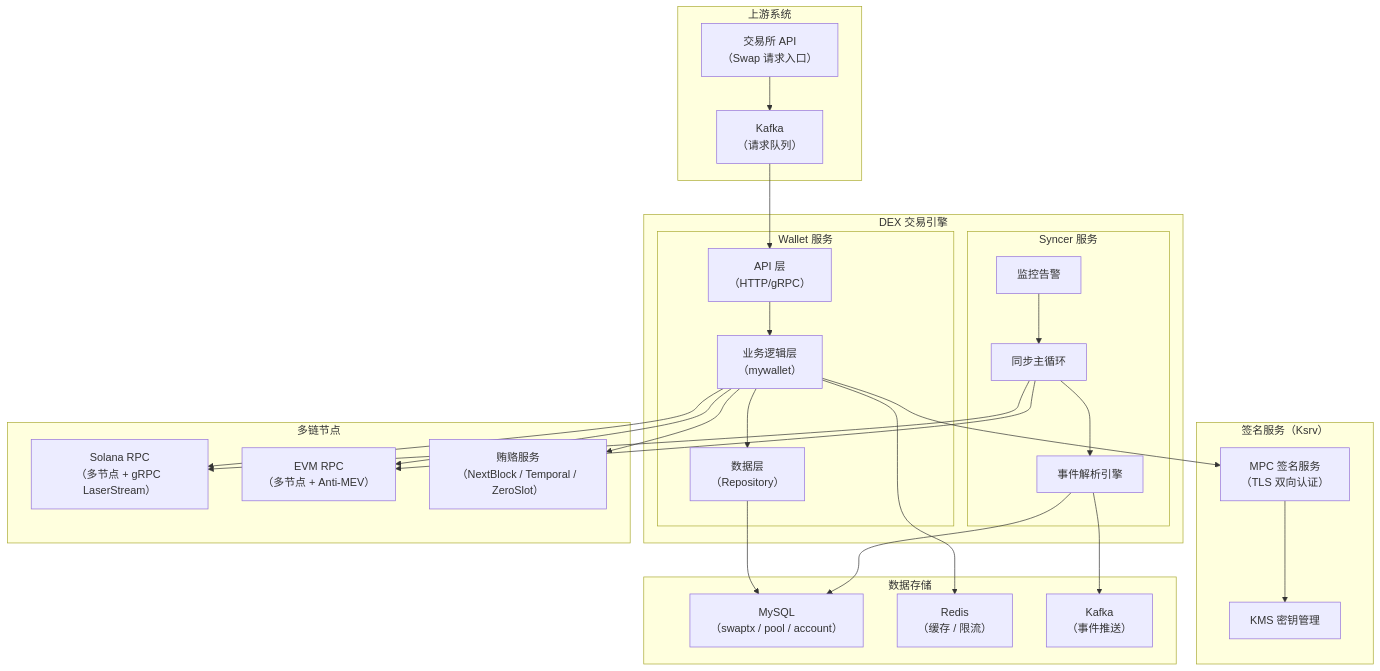
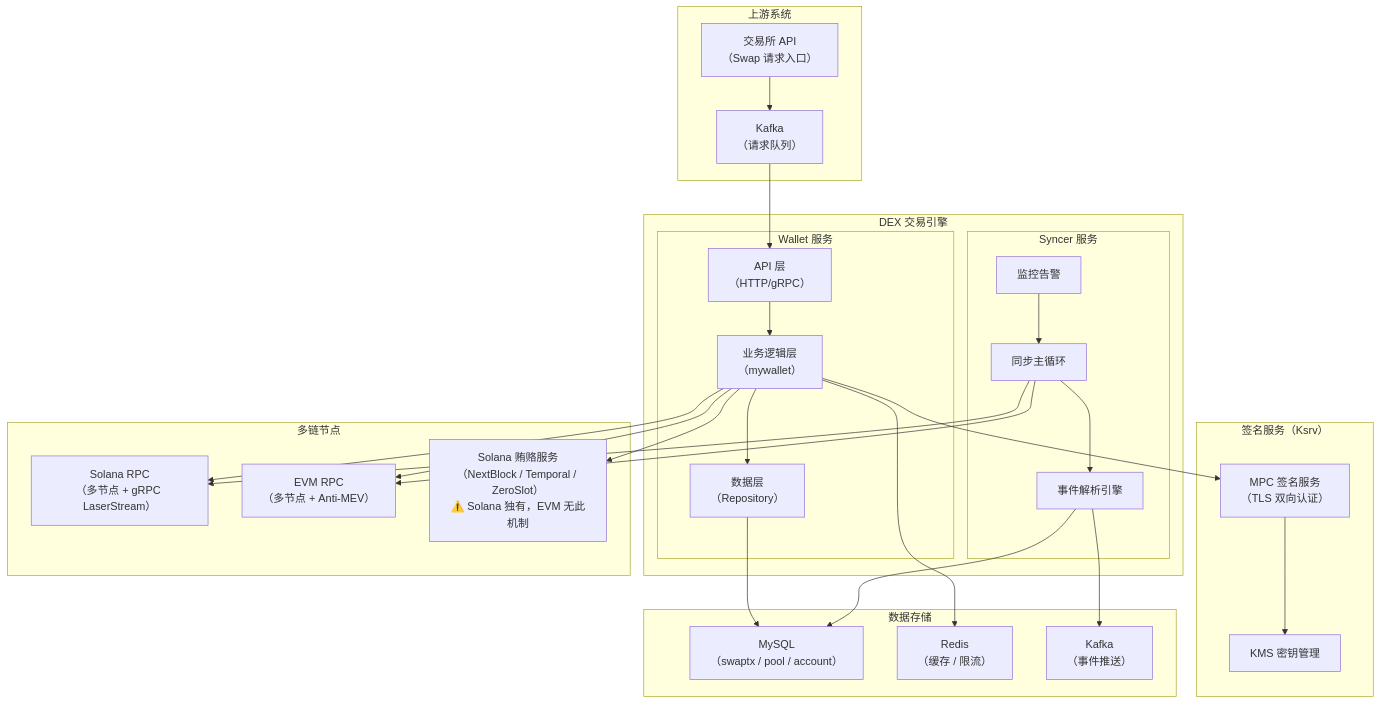
The first of 5 diagrams in 00-architecture/README.md (Dawanyezhi/dex-trade-engine), drawn with Mermaid before and after one commit. The commit also changed other lines of this file and 6 other files, not shown here.

First line of the commit message:
Clarify bribe service is Solana-only, EVM uses Anti-MEV RPC

````diff
--- a/00-architecture/README.md
+++ b/00-architecture/README.md
@@ -18,53 +18,53 @@
 ```mermaid
 graph TB
     subgraph "上游系统"
         API["交易所 API<br/>（Swap 请求入口）"]
         MQ_IN["Kafka<br/>（请求队列）"]
     end
 
     subgraph "签名服务（Ksrv）"
         KSRV["MPC 签名服务<br/>（TLS 双向认证）"]
         KMS["KMS 密钥管理"]
     end
 
     subgraph "DEX 交易引擎"
         subgraph "Wallet 服务"
             W_API["API 层<br/>（HTTP/gRPC）"]
             W_BIZ["业务逻辑层<br/>（mywallet）"]
             W_REPO["数据层<br/>（Repository）"]
         end
         subgraph "Syncer 服务"
             S_LOOP["同步主循环"]
             S_PARSER["事件解析引擎"]
             S_MONITOR["监控告警"]
         end
     end
 
     subgraph "数据存储"
         MYSQL["MySQL<br/>（swaptx / pool / account）"]
         REDIS["Redis<br/>（缓存 / 限流）"]
         MQ_OUT["Kafka<br/>（事件推送）"]
     end
 
     subgraph "多链节点"
         SOL_RPC["Solana RPC<br/>（多节点 + gRPC LaserStream）"]
         EVM_RPC["EVM RPC<br/>（多节点 + Anti-MEV）"]
-        BRIBE["贿赂服务<br/>（NextBlock / Temporal / ZeroSlot）"]
+        BRIBE["Solana 贿赂服务<br/>（NextBlock / Temporal / ZeroSlot）<br/>⚠️ Solana 独有，EVM 无此机制"]
     end
 
     API --> MQ_IN --> W_API
     W_API --> W_BIZ --> W_REPO --> MYSQL
     W_BIZ --> KSRV
     KSRV --> KMS
     W_BIZ --> SOL_RPC
     W_BIZ --> EVM_RPC
     W_BIZ --> BRIBE
     W_BIZ --> REDIS
 
     S_LOOP --> SOL_RPC
     S_LOOP --> EVM_RPC
     S_LOOP --> S_PARSER
     S_PARSER --> MYSQL
     S_PARSER --> MQ_OUT
     S_MONITOR --> S_LOOP
 ```
````
